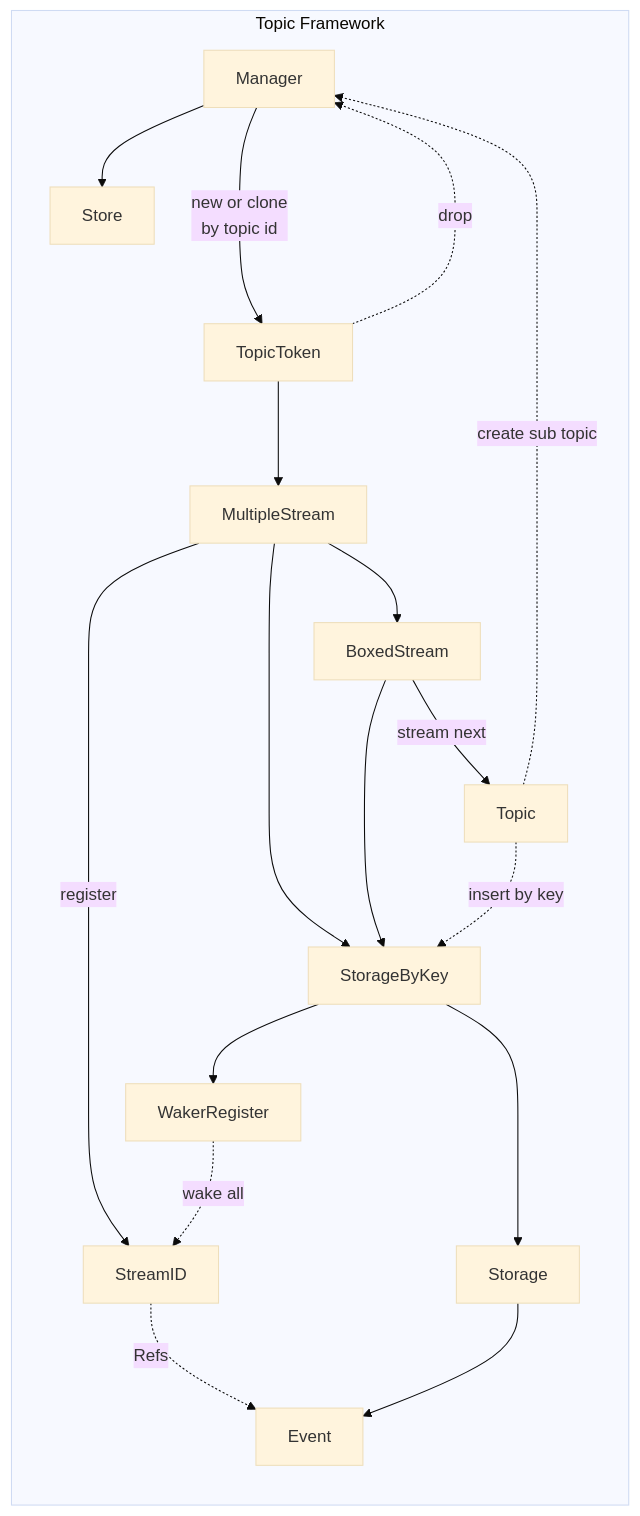
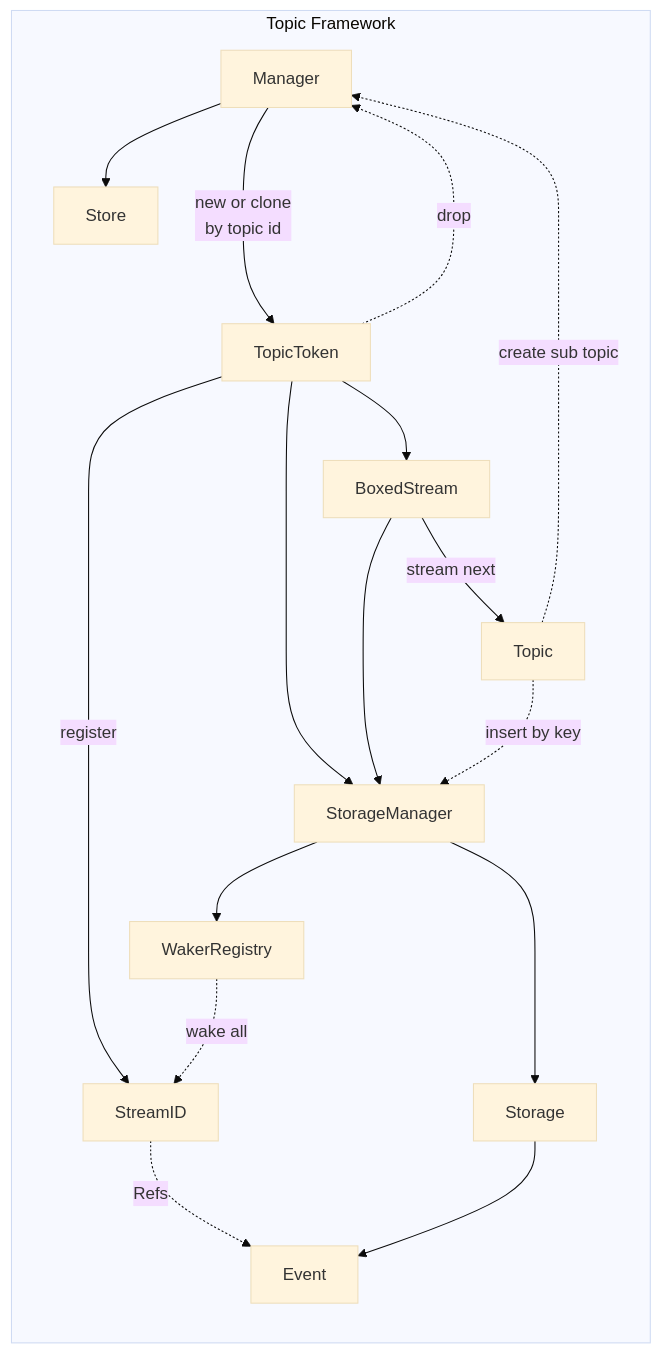
The diagram in docs/topic.md (zsl99a/ztopic), drawn with Mermaid (base theme) before and after one commit. The commit also changed 17 other files, not shown here.

````diff
--- a/docs/topic.md
+++ b/docs/topic.md
@@ -1,23 +1,22 @@
 ```mermaid
 flowchart LR
     subgraph Topic Framework
 
         Manager --> Store
         Manager -->|new or clone\nby topic id| TopicToken
         TopicToken -..->|drop| Manager
-        TopicToken --> MultipleStream
-        MultipleStream --> BoxedStream
-        MultipleStream --> StorageByKey
-        MultipleStream -->|register| StreamID
+        TopicToken --> BoxedStream
+        TopicToken --> StorageManager
+        TopicToken -->|register| StreamID
         StreamID -.->|Refs| Event
-        BoxedStream --> StorageByKey
+        BoxedStream --> StorageManager
         BoxedStream -->|stream next| Topic
-        StorageByKey --> Storage
-        StorageByKey --> WakerRegister
-        WakerRegister -.->|wake all| StreamID
+        StorageManager --> Storage
+        StorageManager --> WakerRegistry
+        WakerRegistry -.->|wake all| StreamID
         Storage --> Event
         Topic -.->|create sub topic| Manager
-        Topic -.->|insert by key| StorageByKey
+        Topic -.->|insert by key| StorageManager
 
     end
 ```
````
